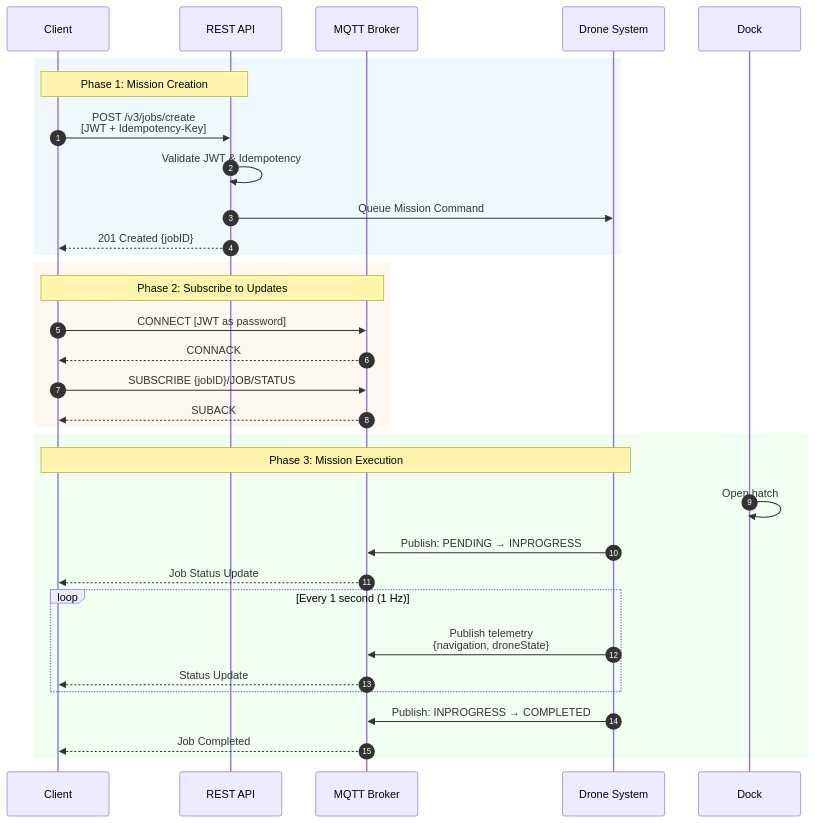
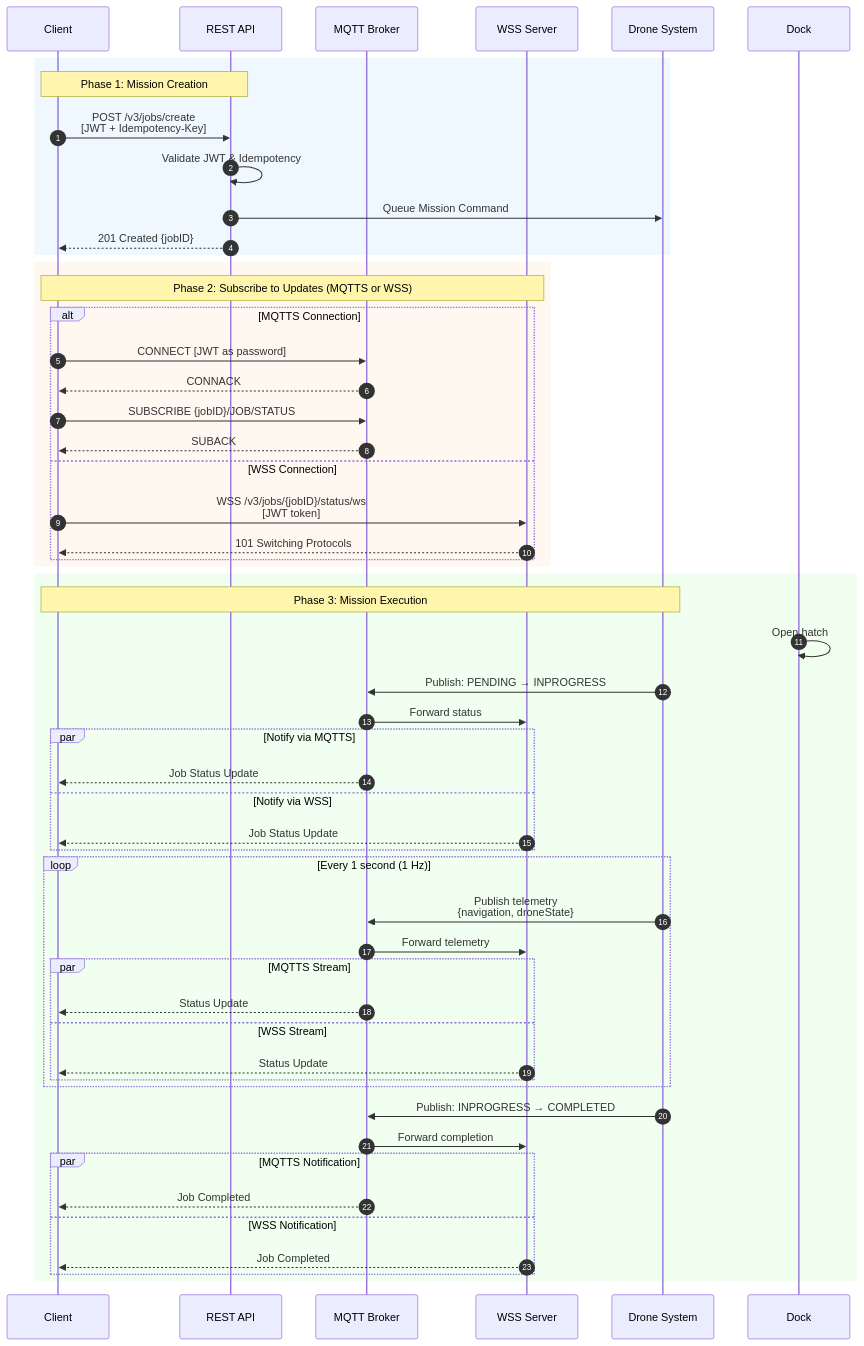
Before and after one commit to Idroneimages-LTD/IDI-DOCUMENTATION: the first of 8 diagrams in docs/sequence-diagrams.md, drawn with Mermaid.

Commit message:
Add WSS Server to Mission Flow diagram

````diff
--- a/docs/sequence-diagrams.md
+++ b/docs/sequence-diagrams.md
@@ -14,40 +14,61 @@
 ```mermaid
 sequenceDiagram
     autonumber
     participant Client
     participant REST API
     participant MQTT Broker
+    participant WSS Server
     participant Drone System
     participant Dock
 
     rect rgb(240, 248, 255)
         Note over Client,REST API: Phase 1: Mission Creation
         Client->>REST API: POST /v3/jobs/create<br/>[JWT + Idempotency-Key]
         REST API->>REST API: Validate JWT & Idempotency
         REST API->>Drone System: Queue Mission Command
         REST API-->>Client: 201 Created {jobID}
     end
 
     rect rgb(255, 248, 240)
-        Note over Client,MQTT Broker: Phase 2: Subscribe to Updates
-        Client->>MQTT Broker: CONNECT [JWT as password]
-        MQTT Broker-->>Client: CONNACK
-        Client->>MQTT Broker: SUBSCRIBE {jobID}/JOB/STATUS
-        MQTT Broker-->>Client: SUBACK
+        Note over Client,WSS Server: Phase 2: Subscribe to Updates (MQTTS or WSS)
+        alt MQTTS Connection
+            Client->>MQTT Broker: CONNECT [JWT as password]
+            MQTT Broker-->>Client: CONNACK
+            Client->>MQTT Broker: SUBSCRIBE {jobID}/JOB/STATUS
+            MQTT Broker-->>Client: SUBACK
+        else WSS Connection
+            Client->>WSS Server: WSS /v3/jobs/{jobID}/status/ws<br/>[JWT token]
+            WSS Server-->>Client: 101 Switching Protocols
+        end
     end
 
     rect rgb(240, 255, 240)
         Note over Drone System,Client: Phase 3: Mission Execution
         Dock->>Dock: Open hatch
         Drone System->>MQTT Broker: Publish: PENDING → INPROGRESS
-        MQTT Broker-->>Client: Job Status Update
+        MQTT Broker->>WSS Server: Forward status
+        par Notify via MQTTS
+            MQTT Broker-->>Client: Job Status Update
+        and Notify via WSS
+            WSS Server-->>Client: Job Status Update
+        end
 
         loop Every 1 second (1 Hz)
             Drone System->>MQTT Broker: Publish telemetry<br/>{navigation, droneState}
-            MQTT Broker-->>Client: Status Update
+            MQTT Broker->>WSS Server: Forward telemetry
+            par MQTTS Stream
+                MQTT Broker-->>Client: Status Update
+            and WSS Stream
+                WSS Server-->>Client: Status Update
+            end
         end
 
         Drone System->>MQTT Broker: Publish: INPROGRESS → COMPLETED
-        MQTT Broker-->>Client: Job Completed
+        MQTT Broker->>WSS Server: Forward completion
+        par MQTTS Notification
+            MQTT Broker-->>Client: Job Completed
+        and WSS Notification
+            WSS Server-->>Client: Job Completed
+        end
     end
 ```
````
